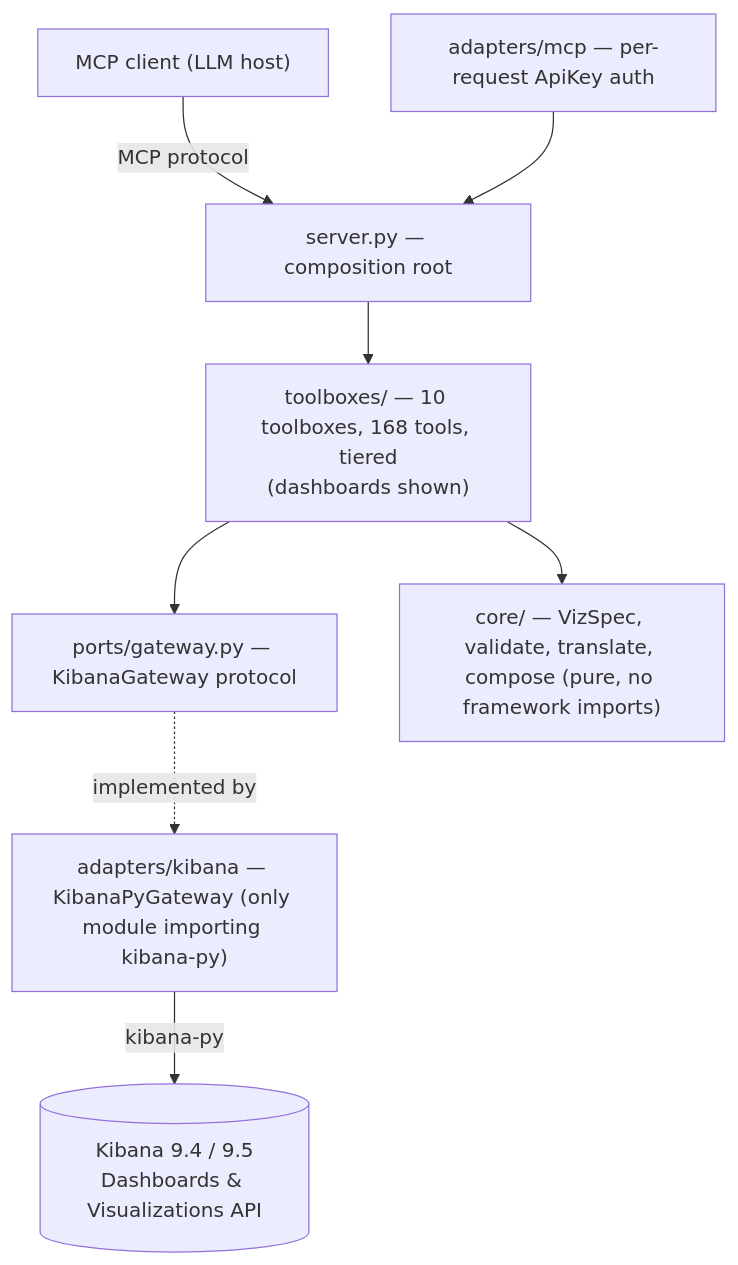
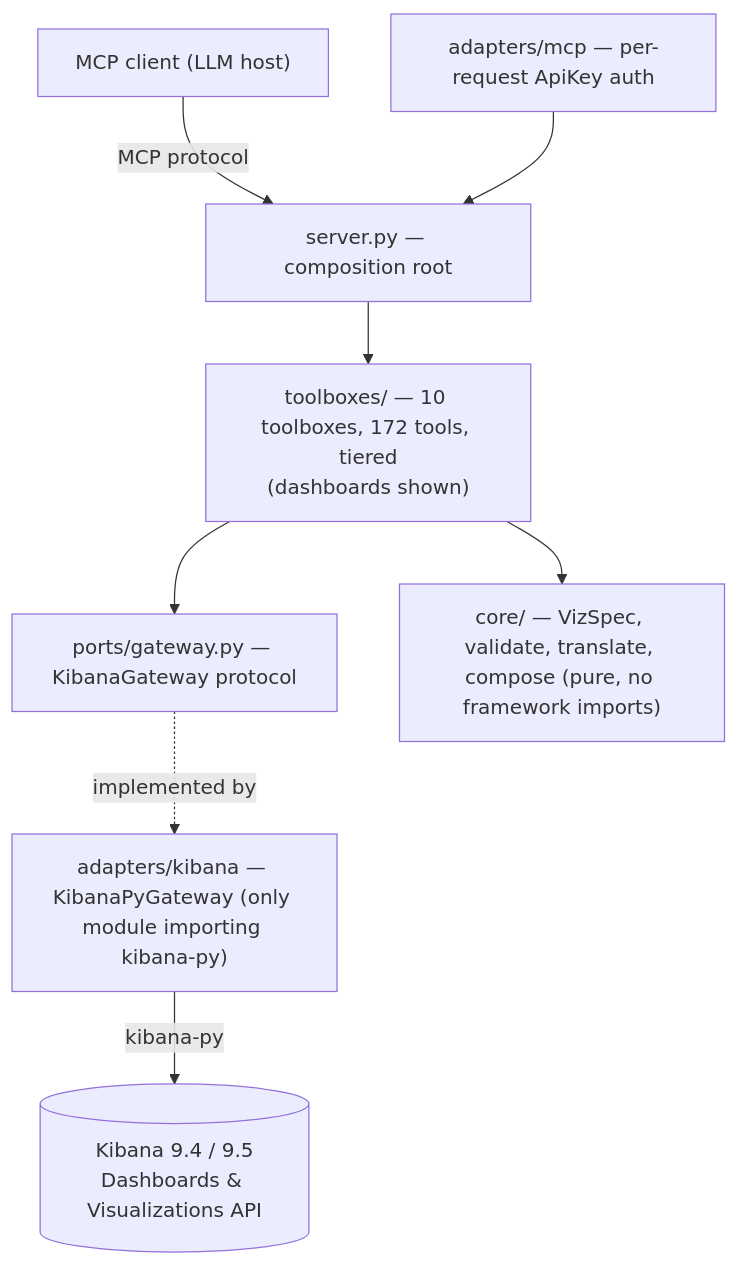
One commit to pedro-angel/mcp-for-kibana changed the second of 4 diagrams in docs/architecture.md. Above: the diagram before and after it, drawn with Mermaid. The commit also changed other lines of this file and 25 other files, not shown here.

````diff
--- a/docs/architecture.md
+++ b/docs/architecture.md
@@ -47,10 +47,10 @@
 ```mermaid
 flowchart TD
     Client["MCP client (LLM host)"] -->|MCP protocol| Server
     AuthAdapter["adapters/mcp — per-request ApiKey auth"] --> Server
-    Server["server.py — composition root"] --> Toolboxes["toolboxes/ — 10 toolboxes, 168 tools, tiered<br/>(dashboards shown)"]
+    Server["server.py — composition root"] --> Toolboxes["toolboxes/ — 10 toolboxes, 172 tools, tiered<br/>(dashboards shown)"]
     Toolboxes --> Ports["ports/gateway.py — KibanaGateway protocol"]
     Toolboxes --> Core["core/ — VizSpec, validate, translate, compose (pure, no framework imports)"]
     Ports -. implemented by .-> KibanaAdapter["adapters/kibana — KibanaPyGateway (only module importing kibana-py)"]
     KibanaAdapter -->|kibana-py| Kibana[("Kibana 9.4 / 9.5\nDashboards & Visualizations API")]
 ```
````
